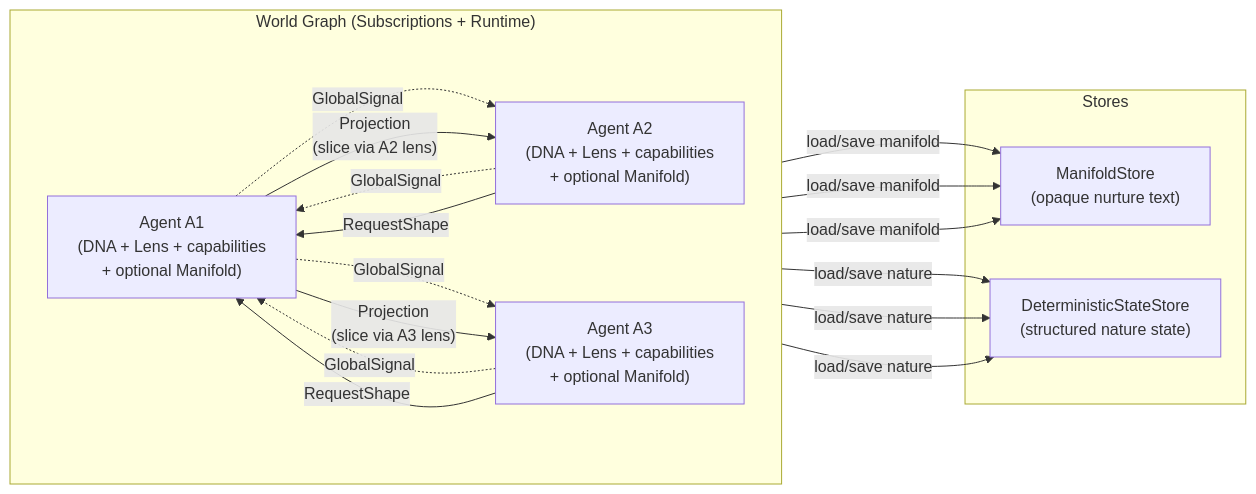
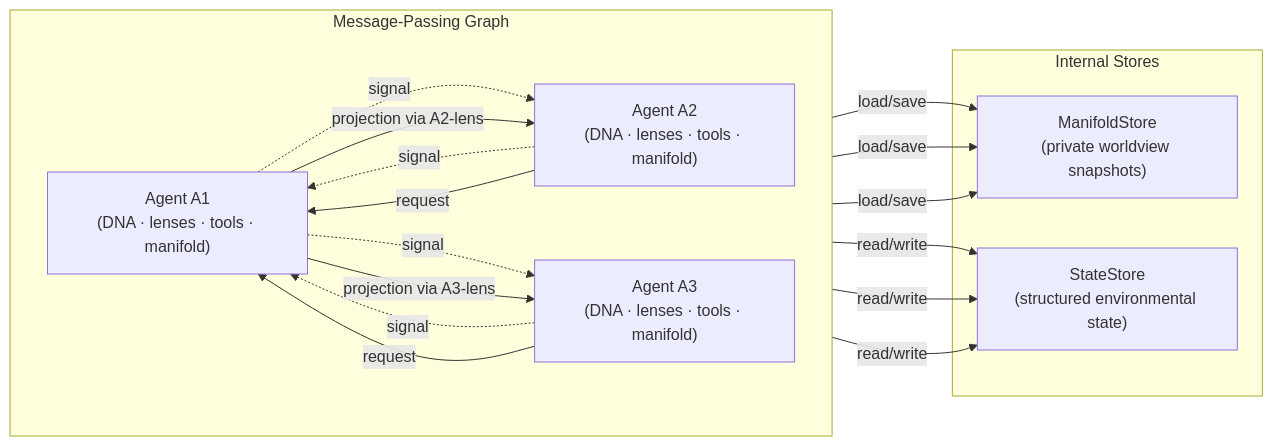
Before and after one commit to evanfollis/synaplex: the second of 4 diagrams in README.md, drawn with Mermaid. The commit also changed other lines of this file and 42 other files, not shown here.

````diff
--- a/README.md
+++ b/README.md
@@ -225,36 +210,37 @@
 ```mermaid
 flowchart LR
-    subgraph World["World Graph (Subscriptions + Runtime)"]
+    subgraph World["Message-Passing Graph"]
         direction LR
-        A1["Agent A1<br>(DNA + Lens + capabilities<br>+ optional Manifold)"]
-        A2["Agent A2<br>(DNA + Lens + capabilities<br>+ optional Manifold)"]
-        A3["Agent A3<br>(DNA + Lens + capabilities<br>+ optional Manifold)"]
+        A1["Agent A1<br>(DNA · lenses · tools · manifold)"]
+        A2["Agent A2<br>(DNA · lenses · tools · manifold)"]
+        A3["Agent A3<br>(DNA · lenses · tools · manifold)"]
     end
 
-    subgraph Stores["Stores"]
-        MStore["ManifoldStore<br>(opaque nurture text)"]
-        DStore["DeterministicStateStore<br>(structured nature state)"]
+    subgraph Stores["Internal Stores"]
+        MStore["ManifoldStore<br>(private worldview snapshots)"]
+        DStore["StateStore<br>(structured environmental state)"]
     end
 
-    %% State links
-    A1 -->|load/save manifold| MStore
-    A2 -->|load/save manifold| MStore
-    A3 -->|load/save manifold| MStore
+    %% Manifold I/O (private)
+    A1 -->|load/save| MStore
+    A2 -->|load/save| MStore
+    A3 -->|load/save| MStore
 
-    A1 -->|load/save nature| DStore
-    A2 -->|load/save nature| DStore
-    A3 -->|load/save nature| DStore
+    %% Environmental state
+    A1 -->|read/write| DStore
+    A2 -->|read/write| DStore
+    A3 -->|read/write| DStore
 
-    %% Global signals (broadcast-ish, sender-owned)
-    A1 -. GlobalSignal .-> A2
-    A1 -. GlobalSignal .-> A3
-    A2 -. GlobalSignal .-> A1
-    A3 -. GlobalSignal .-> A1
+    %% Global signals (advertised features)
+    A1 -. signal .-> A2
+    A1 -. signal .-> A3
+    A2 -. signal .-> A1
+    A3 -. signal .-> A1
 
-    %% Projections (lens-conditioned, receiver-owned semantics)
-    A2 -->|RequestShape| A1
-    A1 -->|"Projection\n(slice via A2 lens)"| A2
+    %% Projections (receiver-owned transformations)
+    A2 -->|request| A1
+    A1 -->|"projection via A2-lens"| A2
 
-    A3 -->|RequestShape| A1
-    A1 -->|"Projection\n(slice via A3 lens)"| A3
+    A3 -->|request| A1
+    A1 -->|"projection via A3-lens"| A3
 ```
````
